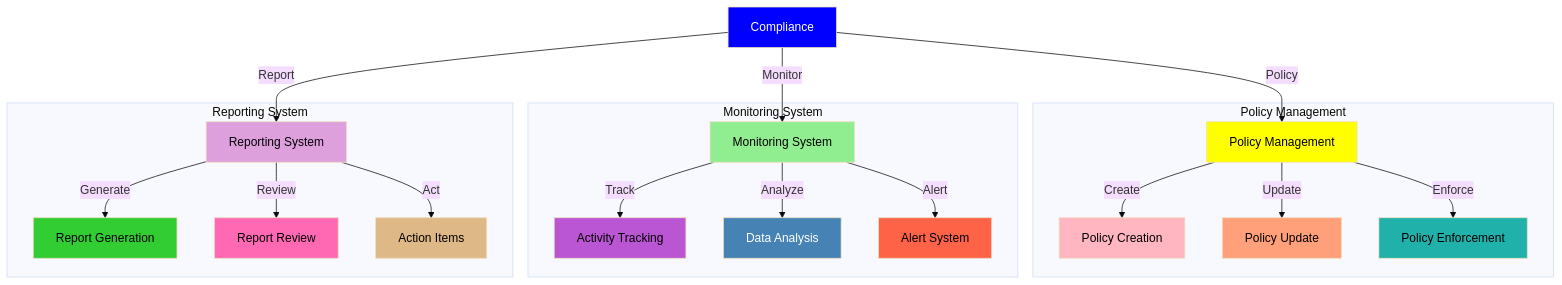
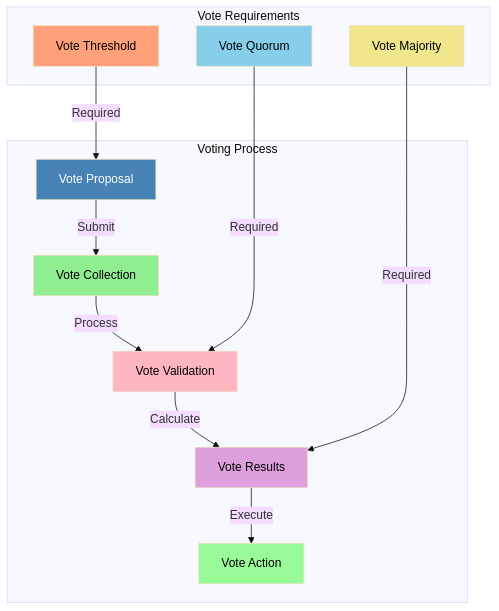
Before and after one commit to MEMEFANS/memefans: the fifth of 6 diagrams in docs/whitepaper/governance.md, drawn with Mermaid (base theme). The commit also changed other lines of this file and 2 other files, not shown here.

Commit message:
fix: update mermaid diagrams to use standard graph TD format with improved styles

````diff
--- a/docs/whitepaper/governance.md
+++ b/docs/whitepaper/governance.md
@@ -214,38 +148,24 @@
 ```mermaid
 graph TD
-    A[Compliance] -->|Policy| B[Policy Management]
-    A -->|Monitor| C[Monitoring System]
-    A -->|Report| D[Reporting System]
-    
-    subgraph Policy Management
-    B -->|Create| E[Policy Creation]
-    B -->|Update| F[Policy Update]
-    B -->|Enforce| G[Policy Enforcement]
+    subgraph Voting Process
+        VP[Vote Proposal] -->|Submit| VC[Vote Collection]
+        VC -->|Process| VV[Vote Validation]
+        VV -->|Calculate| VR[Vote Results]
+        VR -->|Execute| VA[Vote Action]
     end
     
-    subgraph Monitoring System
-    C -->|Track| H[Activity Tracking]
-    C -->|Analyze| I[Data Analysis]
-    C -->|Alert| J[Alert System]
+    subgraph Vote Requirements
+        VT[Vote Threshold] -->|Required| VP
+        VQ[Vote Quorum] -->|Required| VV
+        VM[Vote Majority] -->|Required| VR
     end
     
-    subgraph Reporting System
-    D -->|Generate| K[Report Generation]
-    D -->|Review| L[Report Review]
-    D -->|Act| M[Action Items]
-    end
-    
-    style A fill:#0000FF,color:#FFFFFF
-    style B fill:#FFFF00,color:#000000
-    style C fill:#90EE90,color:#000000
-    style D fill:#DDA0DD,color:#000000
-    style E fill:#FFB6C1,color:#000000
-    style F fill:#FFA07A,color:#000000
-    style G fill:#20B2AA,color:#000000
-    style H fill:#BA55D3,color:#000000
-    style I fill:#4682B4,color:#FFFFFF
-    style J fill:#FF6347,color:#000000
-    style K fill:#32CD32,color:#000000
-    style L fill:#FF69B4,color:#000000
-    style M fill:#DEB887,color:#000000
+    style VP fill:#4682B4,color:#FFFFFF
+    style VC fill:#90EE90,color:#000000
+    style VV fill:#FFB6C1,color:#000000
+    style VR fill:#DDA0DD,color:#000000
+    style VA fill:#98FB98,color:#000000
+    style VT fill:#FFA07A,color:#000000
+    style VQ fill:#87CEEB,color:#000000
+    style VM fill:#F0E68C,color:#000000
 ```
````
